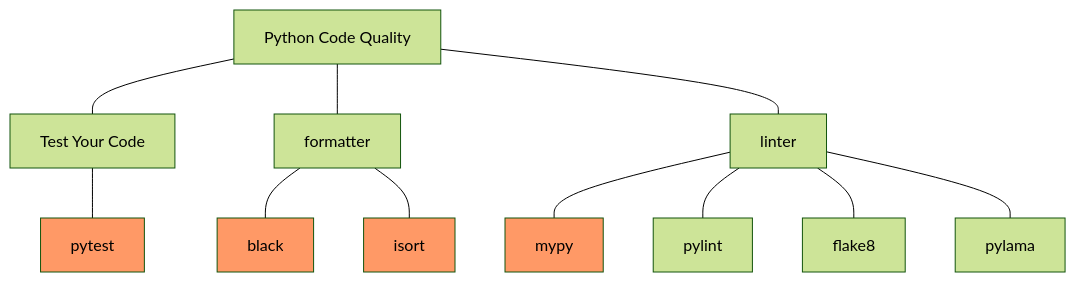
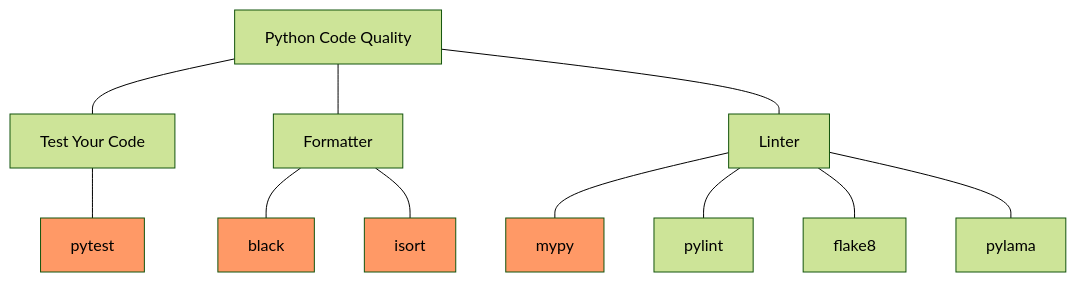
One commit to emptymalei/deep-learning changed the second of 2 diagrams in dl/onboarding/index.md. Above: the diagram before and after it, drawn with Mermaid (forest theme).

Commit message:
update tech onboarding 2

````diff
--- a/dl/onboarding/index.md
+++ b/dl/onboarding/index.md
@@ -78,35 +78,37 @@
     ```mermaid
     flowchart TD
     classDef highlight fill:#f96;
 
     python["Python Code Quality"]
     test["Test Your Code"]
+    formatter["Formatter"]
+    linter["Linter"]
     pytest["pytest"]:::highlight
     black["black"]:::highlight
     isort["isort"]:::highlight
     pylint["pylint"]
     flake8["flake8"]
     pylama["pylama"]
     mypy["mypy"]:::highlight
 
     click pytest "https://pytest.org/" "pytest"
     click black "https://github.com/psf/black" "black"
     click isort "https://github.com/pycqa/isort"
     click mypy "http://mypy-lang.org/"
     click pylint "https://pylint.pycqa.org/"
     click flake8 "https://flake8.pycqa.org/en/latest/"
     click pylama "https://github.com/klen/pylama"
 
     python --- test
     test --- pytest
 
     python --- formatter
     formatter --- black
     formatter --- isort
 
     python --- linter
     linter --- mypy
     linter --- pylint
     linter --- flake8
     linter ---pylama
     ```
````
